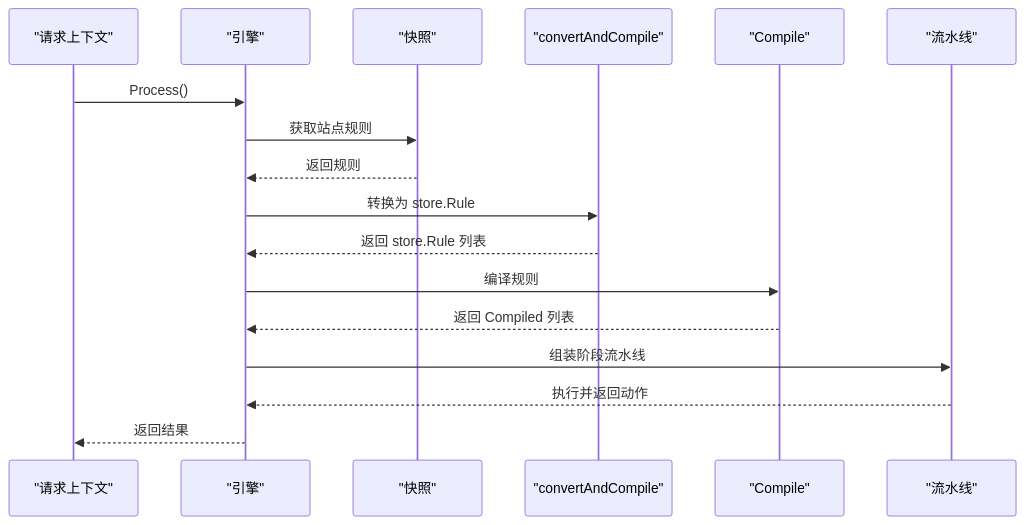
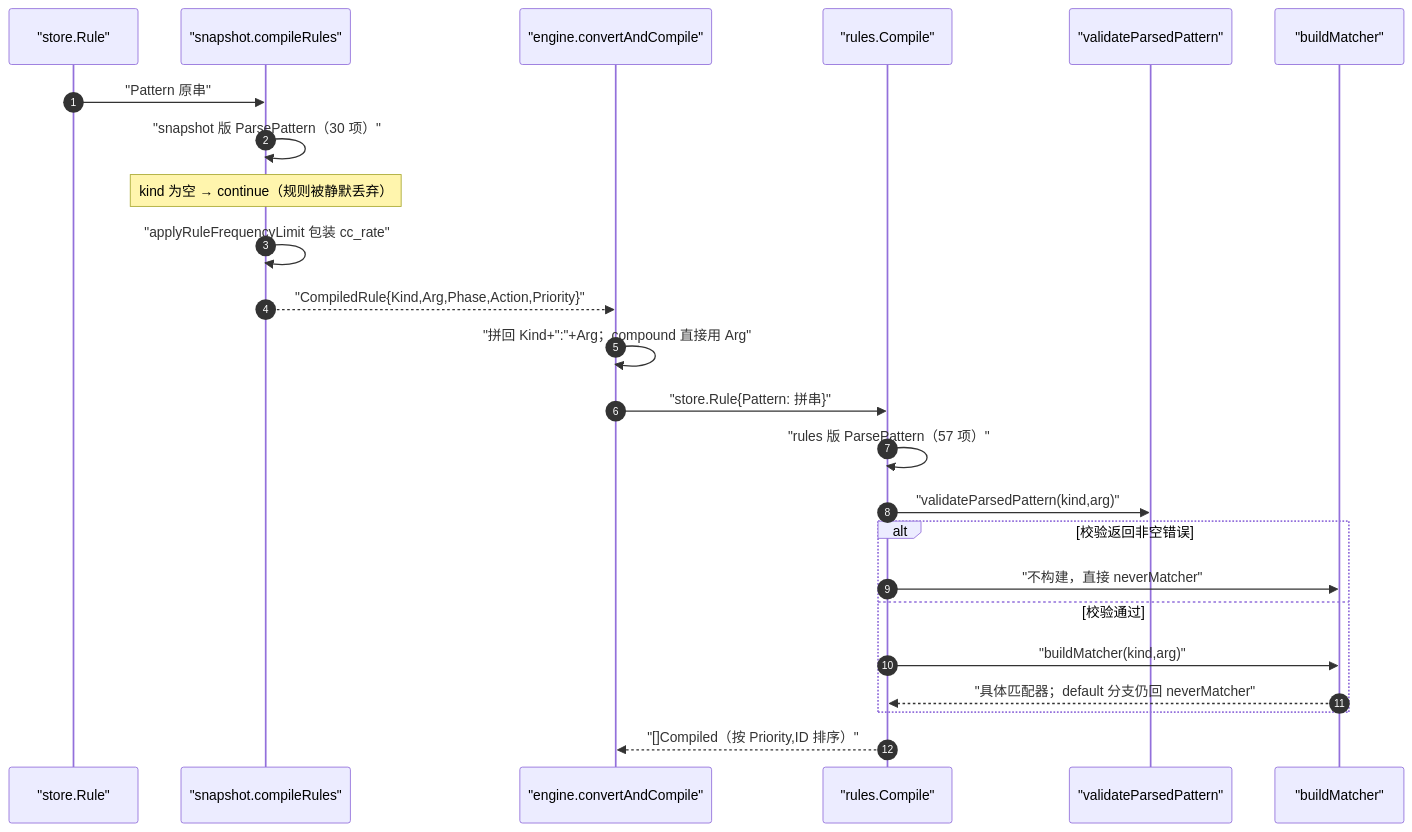
The third of 5 diagrams in docs/扩展与插件系统/规则引擎扩展/规则编译器扩展.md (x01n/My-OpenWaf), drawn with Mermaid before and after one commit. The commit also changed other lines of this file and 622 other files, not shown here.

````diff
--- a/docs/扩展与插件系统/规则引擎扩展/规则编译器扩展.md
+++ b/docs/扩展与插件系统/规则引擎扩展/规则编译器扩展.md
@@ -372,19 +233,26 @@
 ```mermaid
 sequenceDiagram
-participant REQ as "请求上下文"
-participant ENG as "引擎"
-participant SNAP as "快照"
-participant CONV as "convertAndCompile"
-participant COMP as "Compile"
-participant PIPE as "流水线"
-REQ->>ENG : Process()
-ENG->>SNAP : 获取站点规则
-SNAP-->>ENG : 返回规则
-ENG->>CONV : 转换为 store.Rule
-CONV-->>ENG : 返回 store.Rule 列表
-ENG->>COMP : 编译规则
-COMP-->>ENG : 返回 Compiled 列表
-ENG->>PIPE : 组装阶段流水线
-PIPE-->>ENG : 执行并返回动作
-ENG-->>REQ : 返回结果
+    autonumber
+    participant DB as "store.Rule"
+    participant SNAP as "snapshot.compileRules"
+    participant ENG as "engine.convertAndCompile"
+    participant RC as "rules.Compile"
+    participant VAL as "validateParsedPattern"
+    participant MAT as "buildMatcher"
+    DB->>SNAP : "Pattern 原串"
+    SNAP->>SNAP : "snapshot 版 ParsePattern（30 项）"
+    Note over SNAP : kind 为空 → continue（规则被静默丢弃）
+    SNAP->>SNAP : "applyRuleFrequencyLimit 包装 cc_rate"
+    SNAP-->>ENG : "CompiledRule{Kind,Arg,Phase,Action,Priority}"
+    ENG->>ENG : "拼回 Kind+":"+Arg；compound 直接用 Arg"
+    ENG->>RC : "store.Rule{Pattern: 拼串}"
+    RC->>RC : "rules 版 ParsePattern（57 项）"
+    RC->>VAL : "validateParsedPattern(kind,arg)"
+    alt 校验返回非空错误
+        RC->>MAT : "不构建，直接 neverMatcher"
+    else 校验通过
+        RC->>MAT : "buildMatcher(kind,arg)"
+        MAT-->>RC : "具体匹配器；default 分支仍回 neverMatcher"
+    end
+    RC-->>ENG : "[]Compiled（按 Priority,ID 排序）"
 ```
````
